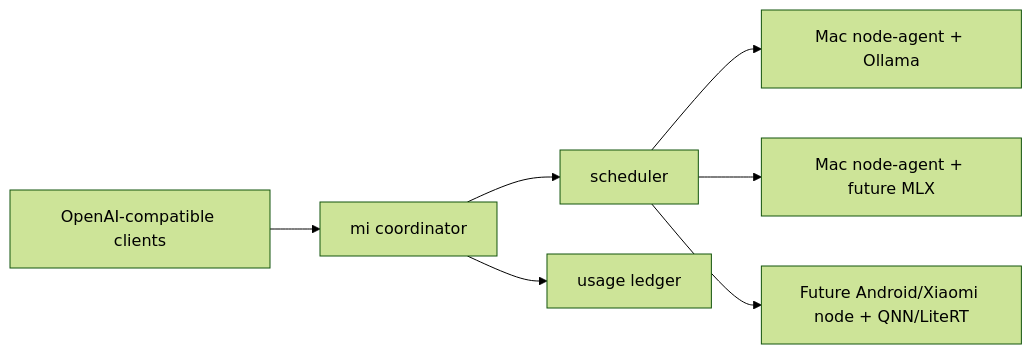
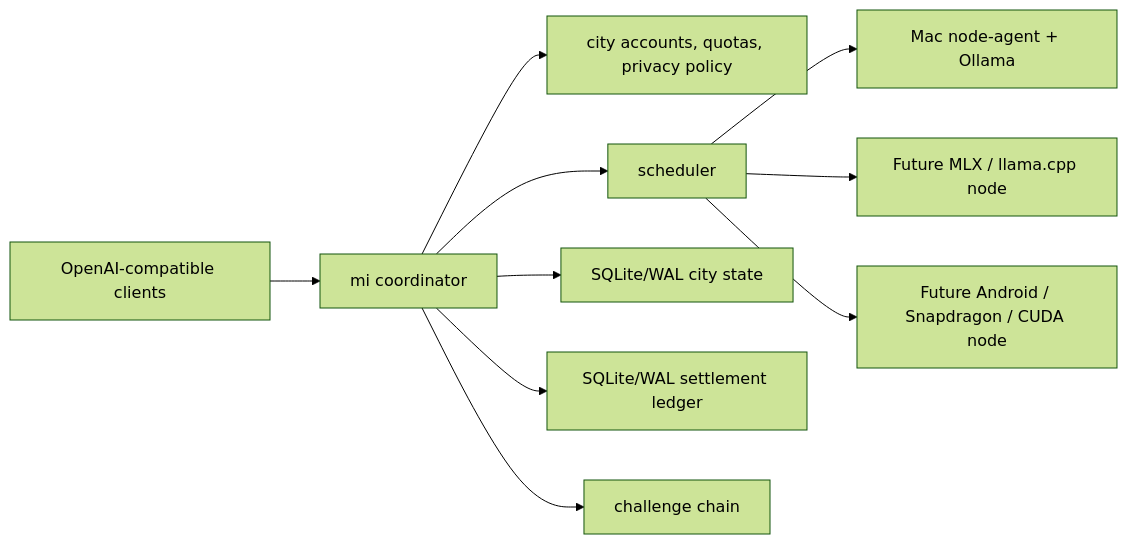
One commit to raym33/mi changed the diagram in README.md. Above: the diagram before and after it, drawn with Mermaid (forest theme). The commit also changed other lines of this file and 8 other files, not shown here.

````diff
--- a/README.md
+++ b/README.md
@@ -37,9 +97,12 @@
 ```mermaid
 flowchart LR
     C["OpenAI-compatible clients"] --> A["mi coordinator"]
+    A --> M["city accounts, quotas, privacy policy"]
     A --> S["scheduler"]
     S --> N1["Mac node-agent + Ollama"]
-    S --> N2["Mac node-agent + future MLX"]
-    S --> N3["Future Android/Xiaomi node + QNN/LiteRT"]
-    A --> L["usage ledger"]
+    S --> N2["Future MLX / llama.cpp node"]
+    S --> N3["Future Android / Snapdragon / CUDA node"]
+    A --> U["SQLite/WAL city state"]
+    A --> L["SQLite/WAL settlement ledger"]
+    A --> Q["challenge chain"]
 ```
````
